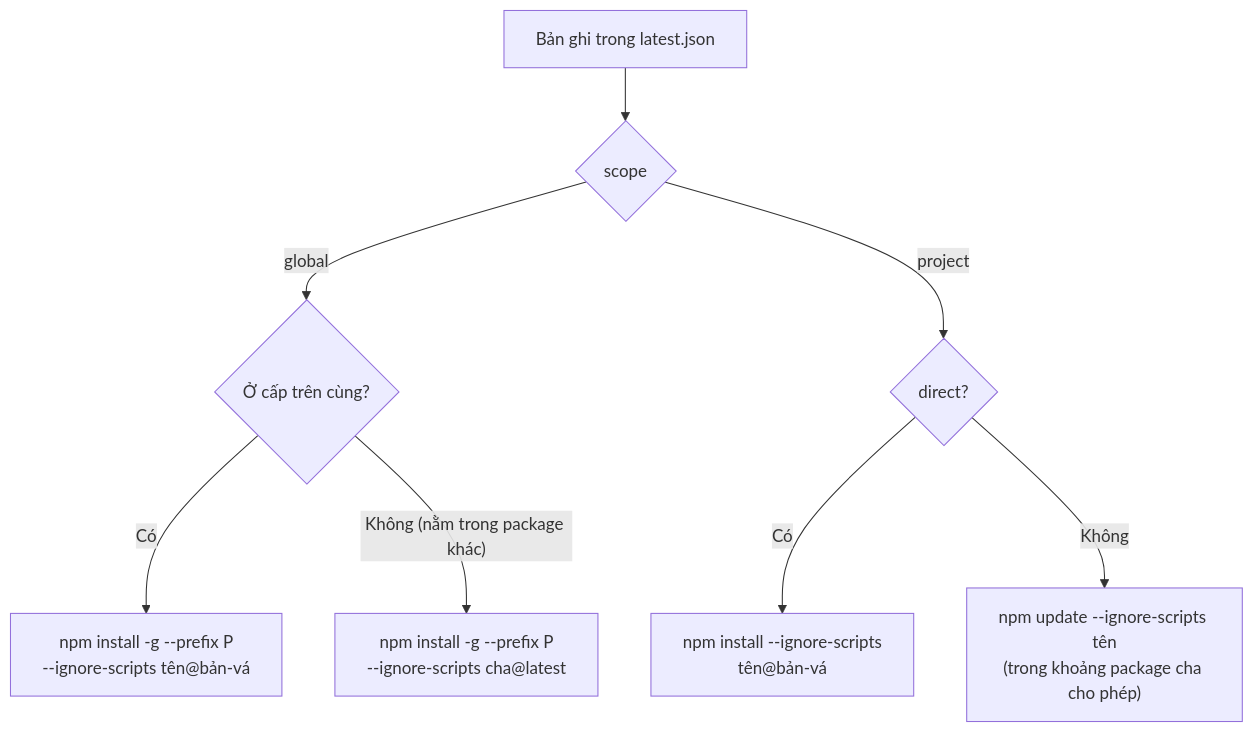
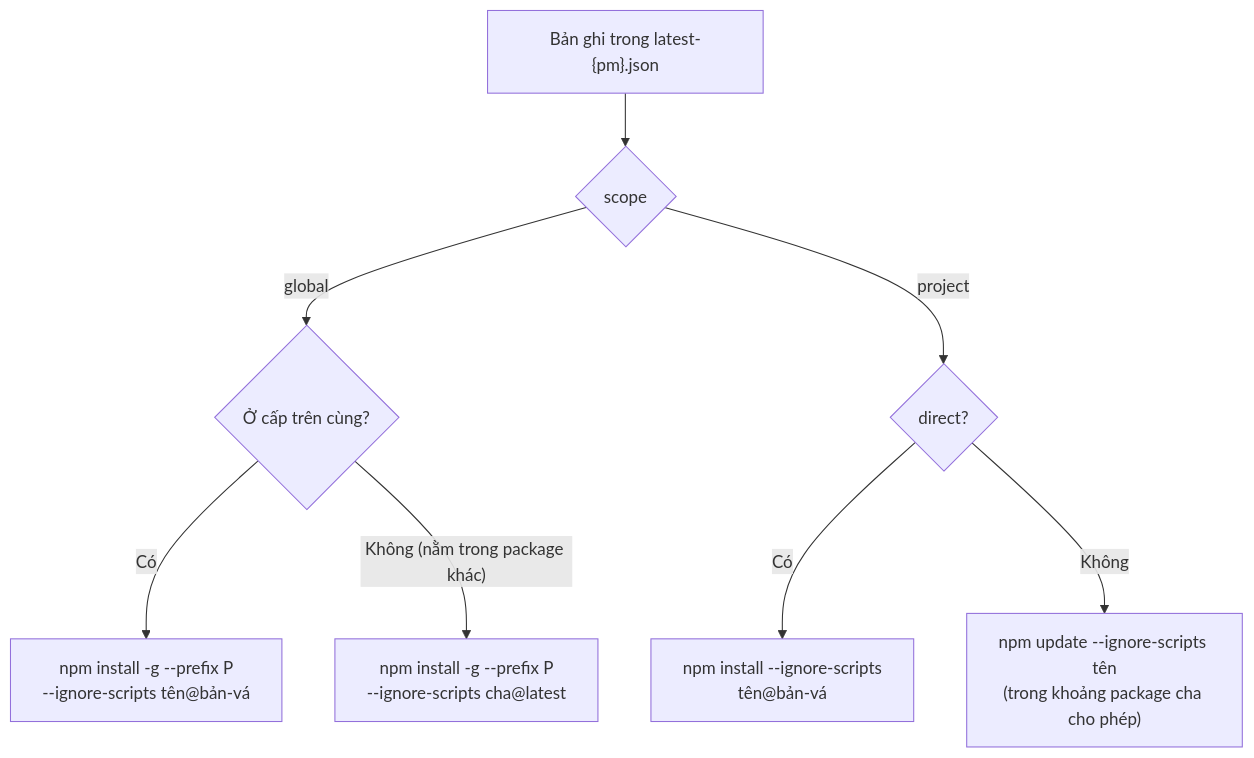
The ninth of 12 diagrams in docs/vi/workflows.md (phanhuyyy/libpack-guard), drawn with Mermaid before and after one commit. The commit also changed other lines of this file and 50 other files, not shown here.

````diff
--- a/docs/vi/workflows.md
+++ b/docs/vi/workflows.md
@@ -247,10 +247,10 @@
 ```mermaid
 flowchart TD
-    R["Bản ghi trong latest.json"] --> G{"scope"}
+    R["Bản ghi trong latest-{pm}.json"] --> G{"scope"}
     G -- global --> Top{"Ở cấp trên cùng?"}
     Top -- Có --> A1["npm install -g --prefix P<br/>--ignore-scripts tên@bản-vá"]
     Top -- "Không (nằm trong package khác)" --> A2["npm install -g --prefix P<br/>--ignore-scripts cha@latest"]
     G -- project --> Dir{"direct?"}
     Dir -- Có --> A3["npm install --ignore-scripts<br/>tên@bản-vá"]
     Dir -- Không --> A4["npm update --ignore-scripts tên<br/>(trong khoảng package cha cho phép)"]
 ```
````
